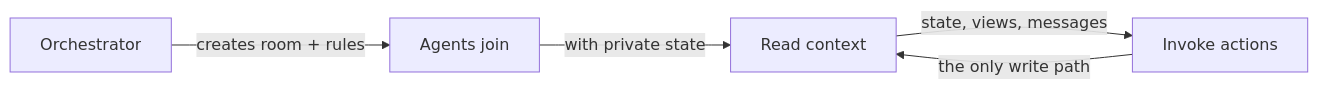
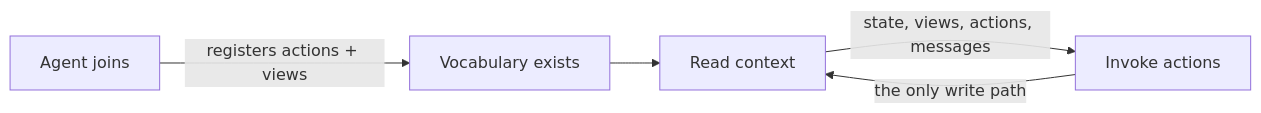
Before and after one commit to christopherdebeer/sync.parc.land: the diagram in reference/landing.md, drawn with Mermaid. The commit also changed other lines of this file and 22 other files, not shown here.

````diff
--- a/reference/landing.md
+++ b/reference/landing.md
@@ -35,7 +40,7 @@
 ```mermaid
 flowchart LR
-    O[Orchestrator] -->|creates room + rules| A[Agents join]
-    A -->|with private state| R[Read context]
-    R -->|state, views, messages| I[Invoke actions]
+    J[Agent joins] -->|registers actions + views| V[Vocabulary exists]
+    V --> R[Read context]
+    R -->|state, views, actions, messages| I[Invoke actions]
     I -->|the only write path| R
 ```
````
